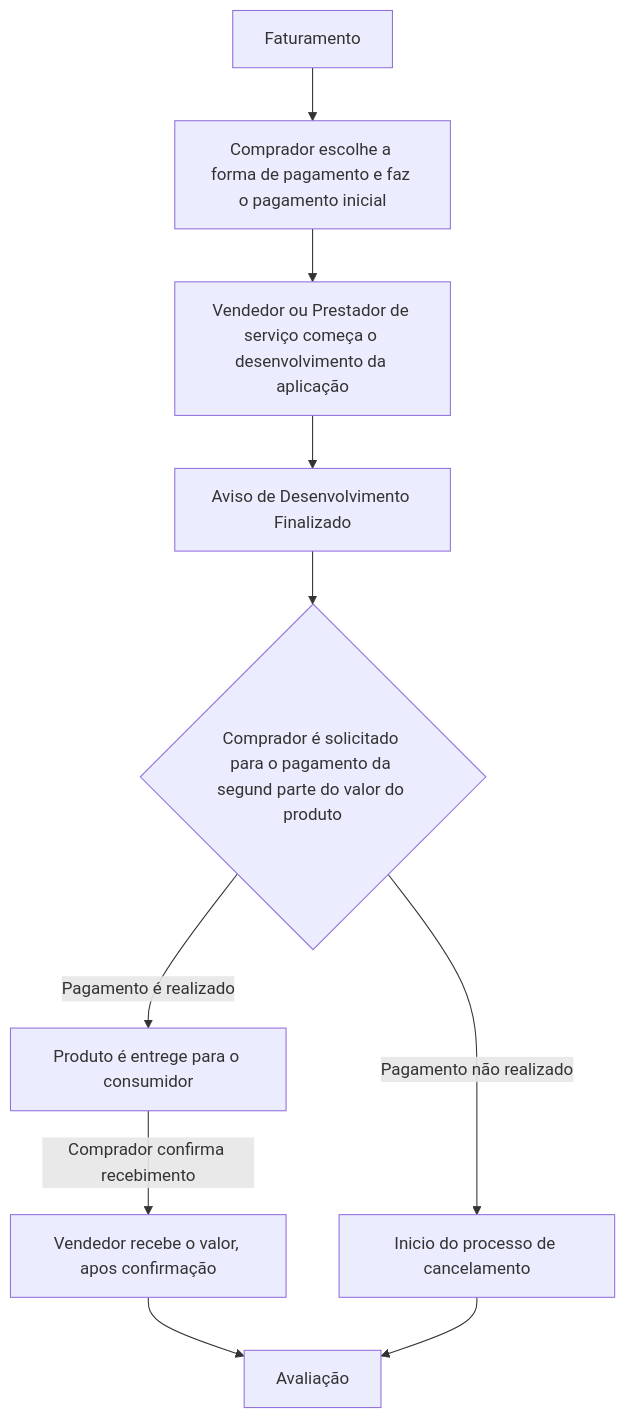
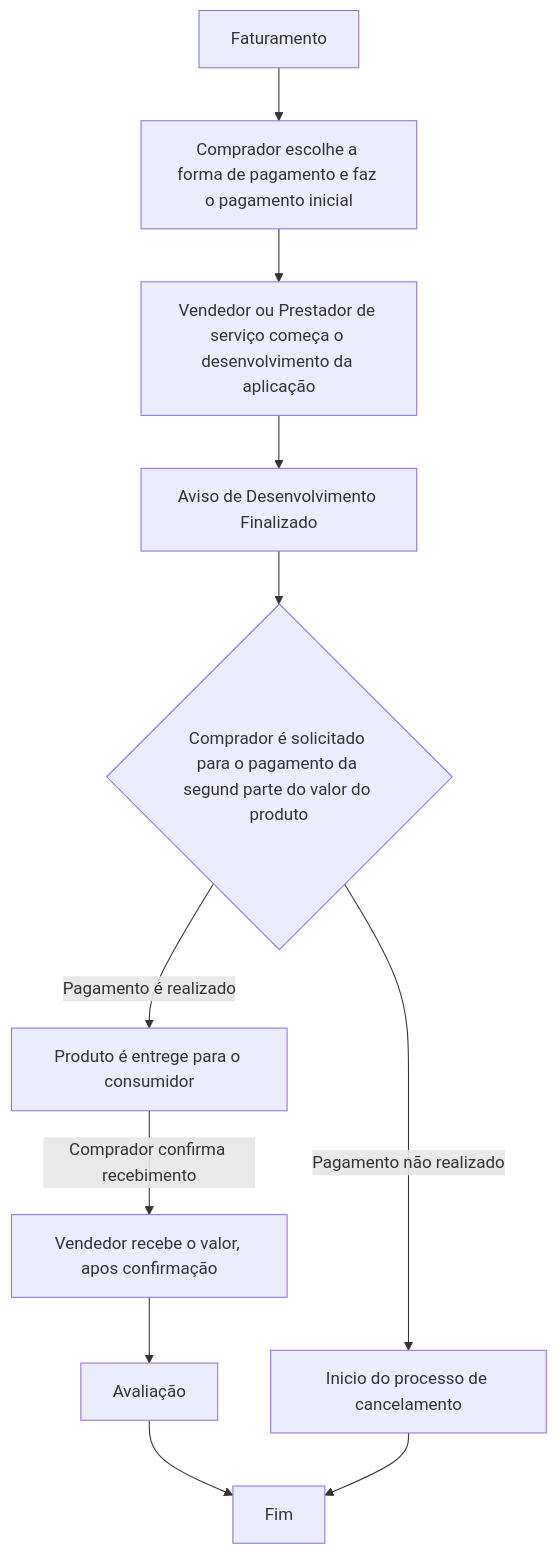
One commit to giovanni1351/EngenhariaDeSoftwareProjeto changed the second of 6 diagrams in Lab/Lab1.md. Above: the diagram before and after it, drawn with Mermaid.

````diff
--- a/Lab/Lab1.md
+++ b/Lab/Lab1.md
@@ -90,13 +90,14 @@
 ```mermaid
 graph TD;
 
     Fat[Faturamento]-->PagamentoInicial[Comprador escolhe a forma de pagamento e faz o pagamento inicial]
     PagamentoInicial --> InicioDoDesenvolvimento[Vendedor ou Prestador de serviço começa o desenvolvimento da aplicação]
     InicioDoDesenvolvimento--> FimDoDev[Aviso de Desenvolvimento Finalizado]
     FimDoDev --> SolcitacaoPagamentoParte2{Comprador é solicitado para o pagamento da segund parte do valor do produto}
     SolcitacaoPagamentoParte2 --> |Pagamento é realizado|EntregaProd[Produto é entrege para o consumidor]
     SolcitacaoPagamentoParte2 -->|Pagamento não realizado| CancelamentoPorNaoPagamento[ Inicio do processo de cancelamento]
     EntregaProd -->|Comprador confirma recebimento| PagamentoAoVendedor[Vendedor recebe o valor, apos confirmação]
     PagamentoAoVendedor--> Avaliacao[Avaliação]
-    CancelamentoPorNaoPagamento --> Avaliacao
+Avaliacao--> Fim[Fim]
+    CancelamentoPorNaoPagamento --> Fim
 ```
````
